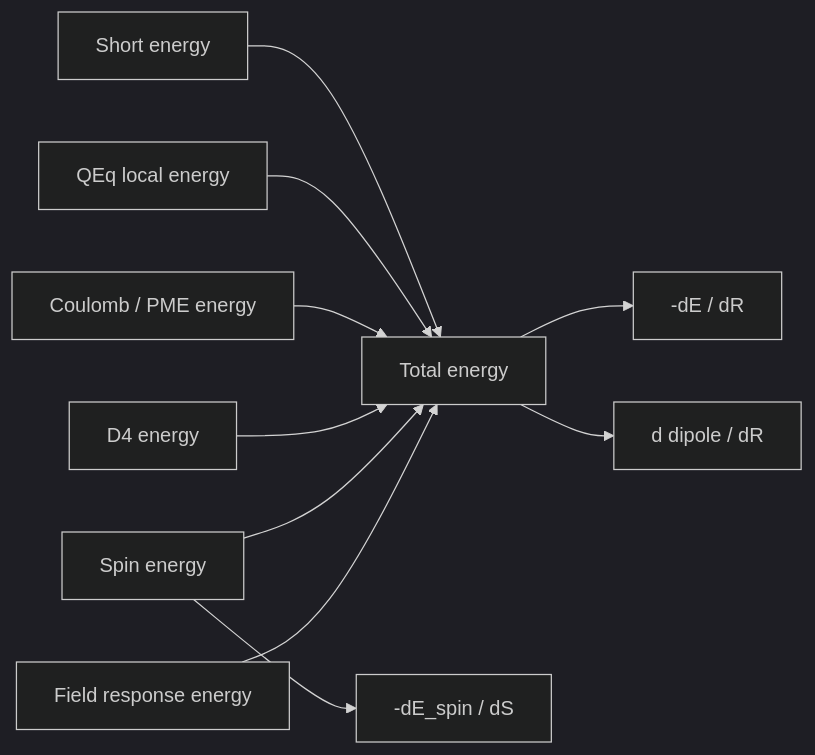
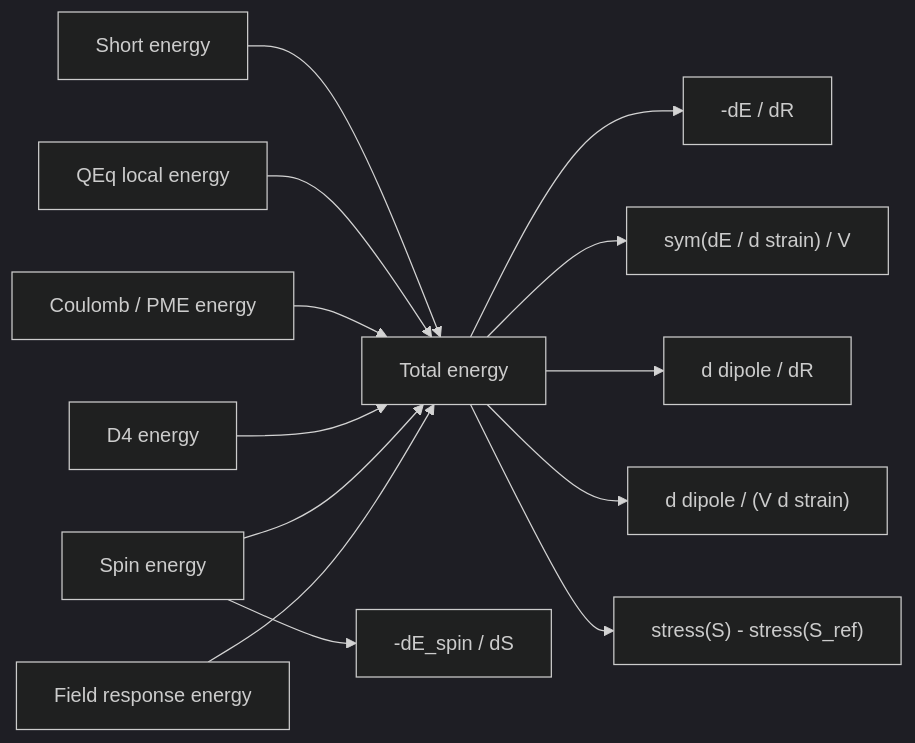
One commit to FonaTech/E3-miu-GNN changed the third of 4 diagrams in docs/ARCHITECTURE.md. Above: the diagram before and after it, drawn with Mermaid (dark theme). The commit also changed other lines of this file and 34 other files, not shown here.

````diff
--- a/docs/ARCHITECTURE.md
+++ b/docs/ARCHITECTURE.md
@@ -216,12 +230,15 @@
 ```mermaid
 flowchart LR
     A[Short energy] --> T[Total energy]
     B[QEq local energy] --> T
     C[Coulomb / PME energy] --> T
     D[D4 energy] --> T
     E[Spin energy] --> T
     F[Field response energy] --> T
     T --> G[-dE / dR]
+    T --> S["sym(dE / d strain) / V"]
     T --> H[d dipole / dR]
+    T --> P["d dipole / (V d strain)"]
     E --> I[-dE_spin / dS]
+    T --> M["stress(S) - stress(S_ref)"]
 ```
````
